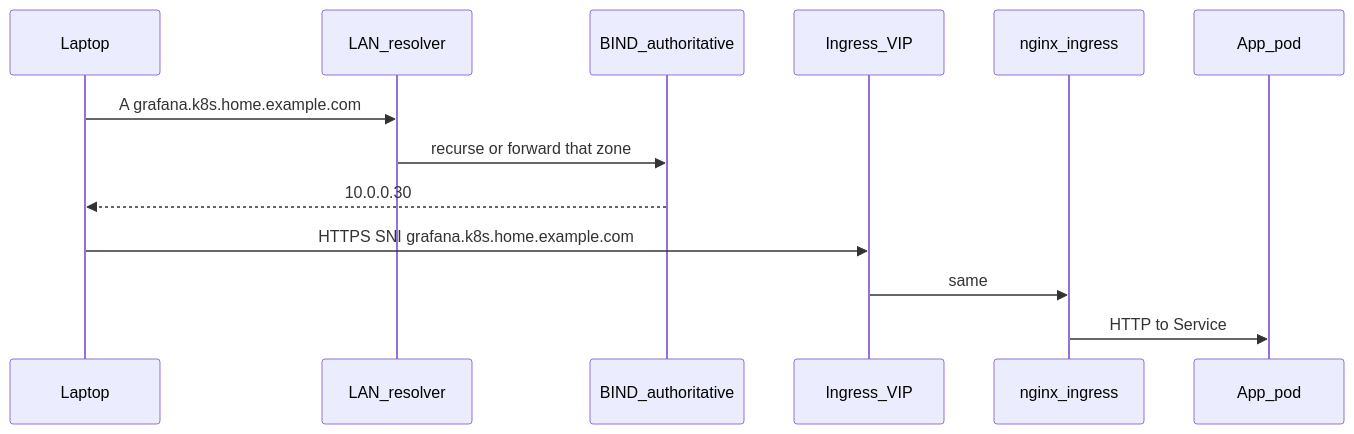
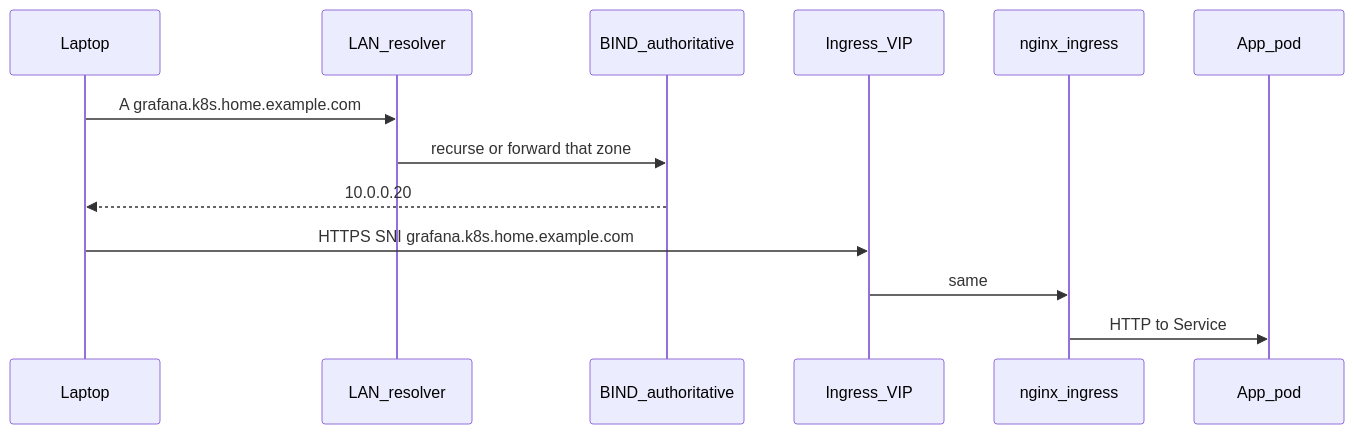
Before and after one commit to jslay88/homelab-gitops-starter: the diagram in docs/dns.md, drawn with Mermaid. The commit also changed other lines of this file and 5 other files, not shown here.

````diff
--- a/docs/dns.md
+++ b/docs/dns.md
@@ -11,16 +11,16 @@
 ```mermaid
 sequenceDiagram
   participant Laptop
   participant Resolver as LAN_resolver
   participant Auth as BIND_authoritative
   participant VIP as Ingress_VIP
   participant Nginx as nginx_ingress
   participant Pod as App_pod
 
   Laptop->>Resolver: A grafana.k8s.home.example.com
   Resolver->>Auth: recurse or forward that zone
-  Auth-->>Laptop: 10.0.0.30
+  Auth-->>Laptop: 10.0.0.20
   Laptop->>VIP: HTTPS SNI grafana.k8s.home.example.com
   VIP->>Nginx: same
   Nginx->>Pod: HTTP to Service
 ```
````
